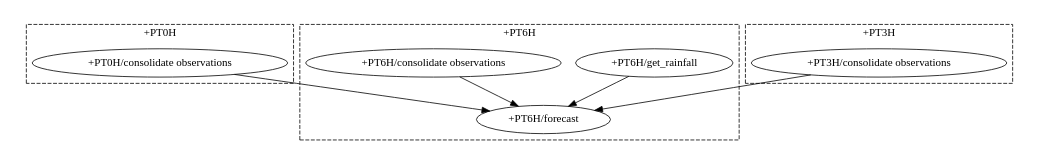
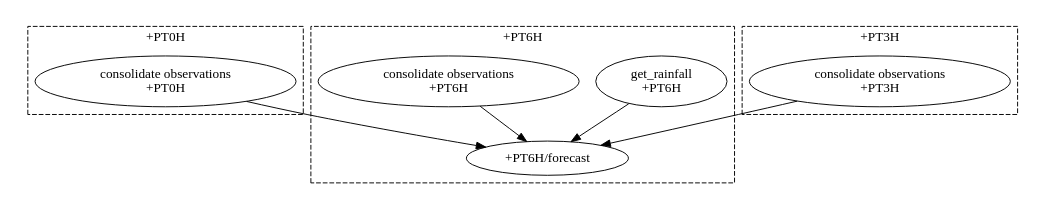
The second of 5 diagrams in src/tutorial/scheduling/datetime-cycling.rst (cylc/cylc-doc), drawn with Graphviz before and after one commit. The commit also changed other lines of this file, not shown here.

```diff
--- a/src/tutorial/scheduling/datetime-cycling.rst
+++ b/src/tutorial/scheduling/datetime-cycling.rst
@@ -371,29 +371,29 @@
 .. digraph:: example
    :align: center
 
    size = "7,4"
 
    subgraph cluster_T00 {
        label="+PT0H"
        style="dashed"
-       "observations.t00" [label="+PT0H/consolidate observations"]
+       "observations.t00" [label="consolidate observations\n+PT0H"]
    }
 
    subgraph cluster_T03 {
        label="+PT3H"
        style="dashed"
-       "observations.t03" [label="+PT3H/consolidate observations"]
+       "observations.t03" [label="consolidate observations\n+PT3H"]
    }
 
    subgraph cluster_T06 {
        label="+PT6H"
        style="dashed"
        "forecast.t06" [label="+PT6H/forecast"]
-       "get_rainfall.t06" [label="+PT6H/get_rainfall"]
-       "observations.t06" [label="+PT6H/consolidate observations"]
+       "get_rainfall.t06" [label="get_rainfall\n+PT6H"]
+       "observations.t06" [label="consolidate observations\n+PT6H"]
    }
 
    "observations.t00" -> "forecast.t06"
    "observations.t03" -> "forecast.t06"
    "observations.t06" -> "forecast.t06"
    "get_rainfall.t06" -> "forecast.t06"
```
